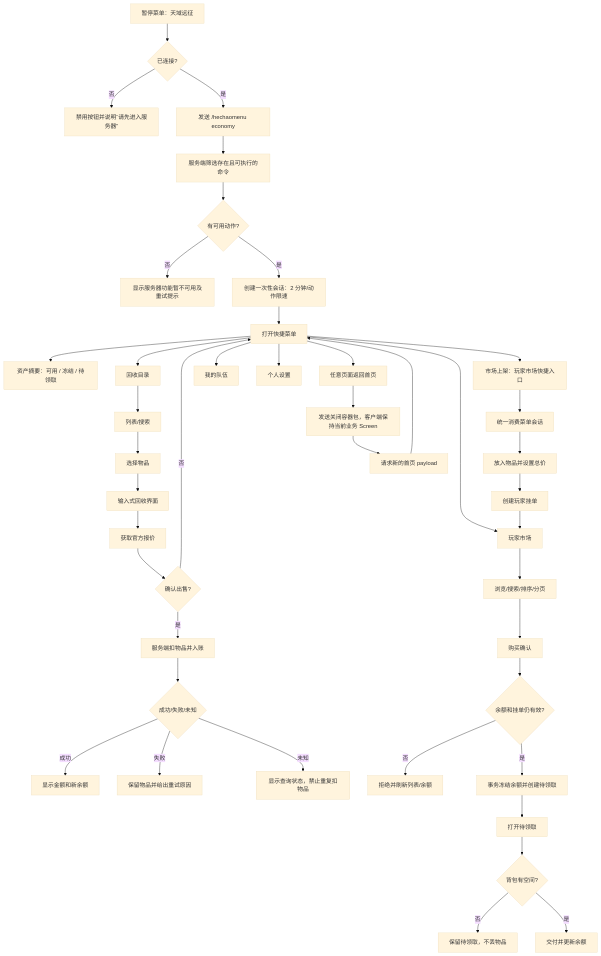
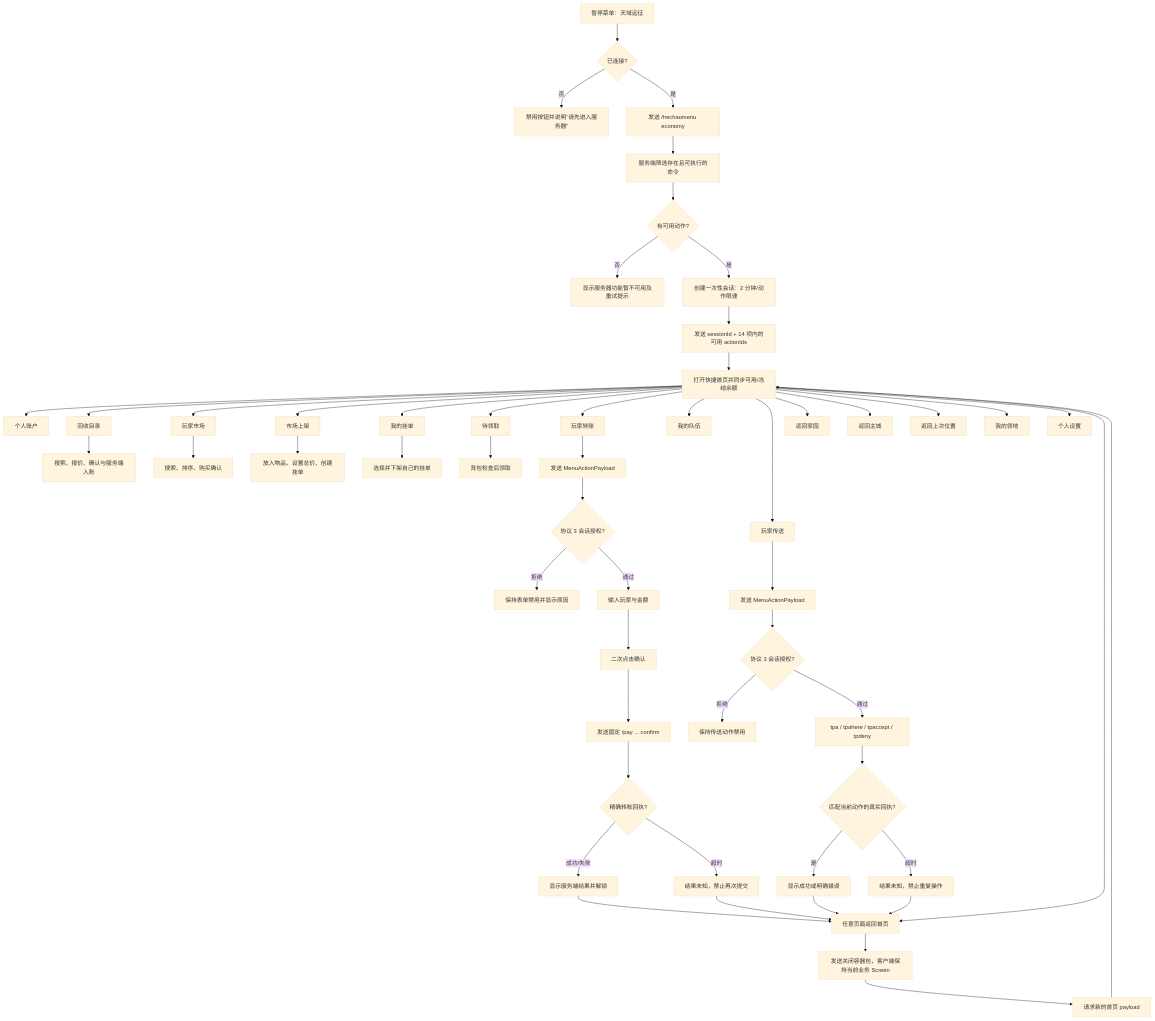
Before and after one commit to 51Channel/hechao-launcher: the second of 2 diagrams in docs/SKYREALM_HECHAO_MENU_FLOW_2026-08-20.md, drawn with Mermaid (base theme). The commit also changed other lines of this file and 27 other files, not shown here.

````diff
--- a/docs/SKYREALM_HECHAO_MENU_FLOW_2026-08-20.md
+++ b/docs/SKYREALM_HECHAO_MENU_FLOW_2026-08-20.md
@@ -92,49 +99,60 @@
 ```mermaid
 flowchart TD
     A[暂停菜单：天域远征] --> B{已连接?}
     B -- 否 --> B1[禁用按钮并说明“请先进入服务器”]
     B -- 是 --> C[发送 /hechaomenu economy]
     C --> D[服务端筛选存在且可执行的命令]
     D --> E{有可用动作?}
     E -- 否 --> E1[显示服务器功能暂不可用及重试提示]
     E -- 是 --> F[创建一次性会话：2 分钟/动作限速]
-    F --> G[打开快捷菜单]
-    G --> G1[资产摘要：可用 / 冻结 / 待领取]
-    G --> H[回收目录]
-    G --> I[玩家市场]
-    G --> I0[市场上架：玩家市场快捷入口]
-    G --> J[我的队伍]
-    G --> K[个人设置]
+    F --> G[发送 sessionId + 14 项内的可用 actionIds]
+    G --> H[打开快捷首页并同步可用/冻结余额]
 
-    H --> H1[列表/搜索]
-    H1 --> H2[选择物品]
-    H2 --> H3[输入式回收界面]
-    H3 --> H4[获取官方报价]
-    H4 --> H5{确认出售?}
-    H5 -- 否 --> G
-    H5 -- 是 --> H6[服务端扣物品并入账]
-    H6 --> H7{成功/失败/未知}
-    H7 -- 成功 --> H8[显示金额和新余额]
-    H7 -- 失败 --> H9[保留物品并给出重试原因]
-    H7 -- 未知 --> H10[显示查询状态，禁止重复扣物品]
+    H --> T1[个人账户]
+    H --> T2[回收目录]
+    H --> T3[玩家市场]
+    H --> T4[市场上架]
+    H --> T5[我的挂单]
+    H --> T6[待领取]
+    H --> P0[玩家转账]
+    H --> S1[我的队伍]
+    H --> X0[玩家传送]
+    H --> Q1[返回家园]
+    H --> Q2[返回主城]
+    H --> Q3[返回上次位置]
+    H --> Q4[我的领地]
+    H --> Q5[个人设置]
 
-    I --> I1[浏览/搜索/排序/分页]
-    I1 --> I2[购买确认]
-    I2 --> I3{余额和挂单仍有效?}
-    I3 -- 否 --> I4[拒绝并刷新列表/余额]
-    I3 -- 是 --> I5[事务冻结余额并创建待领取]
-    I5 --> I6[打开待领取]
-    I6 --> I7{背包有空间?}
-    I7 -- 否 --> I8[保留待领取，不丢物品]
-    I7 -- 是 --> I9[交付并更新余额]
+    T2 --> T21[搜索、报价、确认与服务端入账]
+    T3 --> T31[搜索、排序、购买确认]
+    T4 --> T41[放入物品、设置总价、创建挂单]
+    T5 --> T51[选择并下架自己的挂单]
+    T6 --> T61[背包检查后领取]
 
-    I0 --> I10[统一消费菜单会话]
-    I10 --> I11[放入物品并设置总价]
-    I11 --> I12[创建玩家挂单]
-    I12 --> I
+    P0 --> P1[发送 MenuActionPayload]
+    P1 --> P2{协议 3 会话授权?}
+    P2 -- 拒绝 --> P3[保持表单禁用并显示原因]
+    P2 -- 通过 --> P4[输入玩家与金额]
+    P4 --> P5[二次点击确认]
+    P5 --> P6[发送固定 /pay ... confirm]
+    P6 --> P7{精确转账回执?}
+    P7 -- 成功/失败 --> P8[显示服务端结果并解锁]
+    P7 -- 超时 --> P9[结果未知，禁止再次提交]
 
-    G --> R[任意页面返回首页]
+    X0 --> X1[发送 MenuActionPayload]
+    X1 --> X2{协议 3 会话授权?}
+    X2 -- 拒绝 --> X3[保持传送动作禁用]
+    X2 -- 通过 --> X4[tpa / tpahere / tpaccept / tpdeny]
+    X4 --> X5{匹配当前动作的真实回执?}
+    X5 -- 是 --> X6[显示成功或明确错误]
+    X5 -- 超时 --> X7[结果未知，禁止重复操作]
+
+    H --> R[任意页面返回首页]
+    P8 --> R
+    P9 --> R
+    X6 --> R
+    X7 --> R
     R --> R1[发送关闭容器包，客户端保持当前业务 Screen]
     R1 --> R2[请求新的首页 payload]
-    R2 --> G
+    R2 --> H
 ```
````
